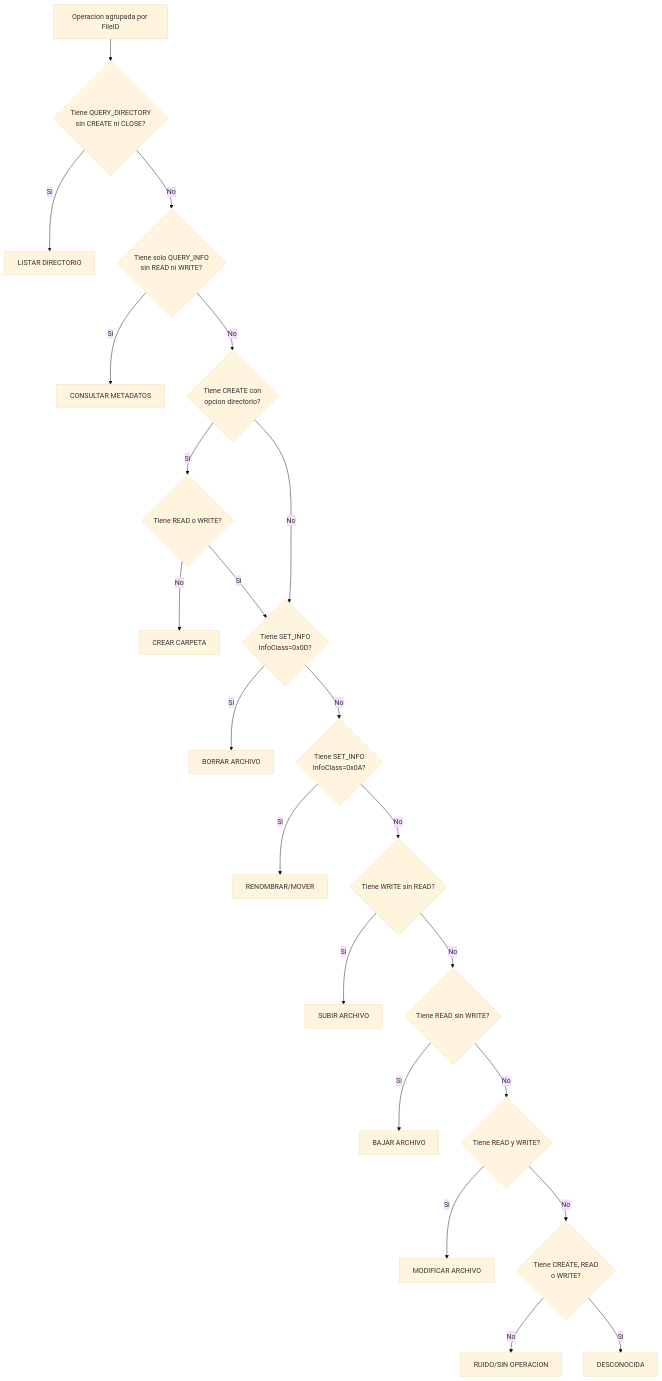
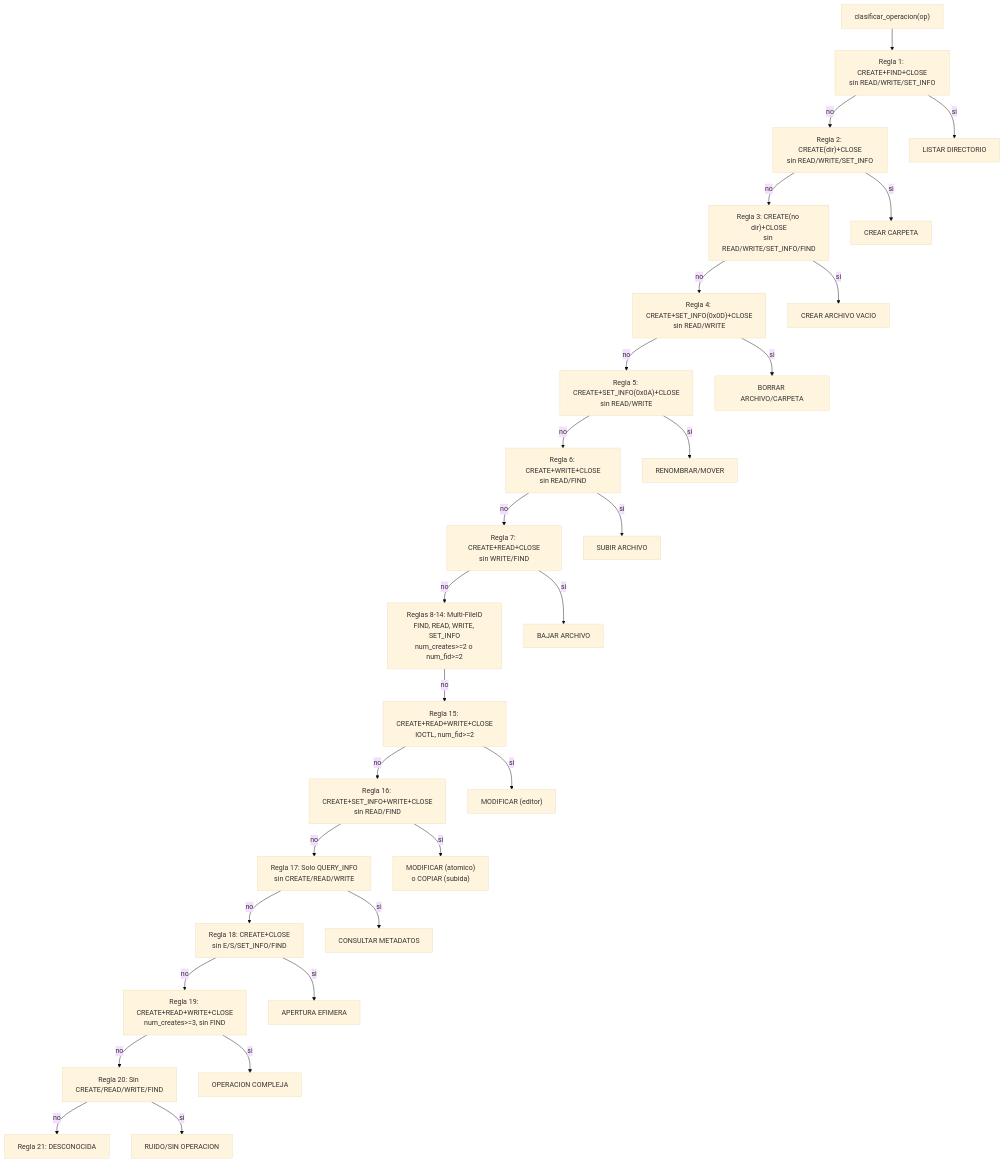
Before and after one commit to vicente154000/smb2-cloud-traffic-analyzer: the fourth of 4 diagrams in plans/documentacion_tfg.md, drawn with Mermaid (base theme). The commit also changed other lines of this file and 3 other files, not shown here.

````diff
--- a/plans/documentacion_tfg.md
+++ b/plans/documentacion_tfg.md
@@ -347,24 +445,47 @@
 ```mermaid
 flowchart TD
-    INICIO[Operacion agrupada por FileID] --> Q1{Tiene QUERY_DIRECTORY<br/>sin CREATE ni CLOSE?}
-    Q1 -->|Si| LISTAR[LISTAR DIRECTORIO]
-    Q1 -->|No| Q2{Tiene solo QUERY_INFO<br/>sin READ ni WRITE?}
-    Q2 -->|Si| METADATOS[CONSULTAR METADATOS]
-    Q2 -->|No| Q3{Tiene CREATE con<br/>opcion directorio?}
-    Q3 -->|Si| Q4{Tiene READ o WRITE?}
-    Q4 -->|No| CREAR_CARP[CREAR CARPETA]
-    Q4 -->|Si| Q5{...}
-    Q3 -->|No| Q5{Tiene SET_INFO<br/>InfoClass=0x0D?}
-    Q5 -->|Si| BORRAR[BORRAR ARCHIVO]
-    Q5 -->|No| Q6{Tiene SET_INFO<br/>InfoClass=0x0A?}
-    Q6 -->|Si| RENOMBRAR[RENOMBRAR/MOVER]
-    Q6 -->|No| Q7{Tiene WRITE sin READ?}
-    Q7 -->|Si| SUBIR[SUBIR ARCHIVO]
-    Q7 -->|No| Q8{Tiene READ sin WRITE?}
-    Q8 -->|Si| BAJAR[BAJAR ARCHIVO]
-    Q8 -->|No| Q9{Tiene READ y WRITE?}
-    Q9 -->|Si| MODIFICAR[MODIFICAR ARCHIVO]
-    Q9 -->|No| Q10{Tiene CREATE, READ<br/>o WRITE?}
-    Q10 -->|No| RUIDO[RUIDO/SIN OPERACION]
-    Q10 -->|Si| DESCONOCIDA[DESCONOCIDA]
+    INICIO["clasificar_operacion(op)"] --> R1
+    
+    R1["Regla 1: CREATE+FIND+CLOSE<br/>sin READ/WRITE/SET_INFO"] -->|no| R2
+    R1 -->|si| R1_OUT["LISTAR DIRECTORIO"]
+    
+    R2["Regla 2: CREATE(dir)+CLOSE<br/>sin READ/WRITE/SET_INFO"] -->|no| R3
+    R2 -->|si| R2_OUT["CREAR CARPETA"]
+    
+    R3["Regla 3: CREATE(no dir)+CLOSE<br/>sin READ/WRITE/SET_INFO/FIND"] -->|no| R4
+    R3 -->|si| R3_OUT["CREAR ARCHIVO VACIO"]
+    
+    R4["Regla 4: CREATE+SET_INFO(0x0D)+CLOSE<br/>sin READ/WRITE"] -->|no| R5
+    R4 -->|si| R4_OUT["BORRAR ARCHIVO/CARPETA"]
+    
+    R5["Regla 5: CREATE+SET_INFO(0x0A)+CLOSE<br/>sin READ/WRITE"] -->|no| R6
+    R5 -->|si| R5_OUT["RENOMBRAR/MOVER"]
+    
+    R6["Regla 6: CREATE+WRITE+CLOSE<br/>sin READ/FIND"] -->|no| R7
+    R6 -->|si| R6_OUT["SUBIR ARCHIVO"]
+    
+    R7["Regla 7: CREATE+READ+CLOSE<br/>sin WRITE/FIND"] -->|no| R8_14
+    R7 -->|si| R7_OUT["BAJAR ARCHIVO"]
+    
+    R8_14["Reglas 8-14: Multi-FileID<br/>FIND, READ, WRITE, SET_INFO<br/>num_creates>=2 o num_fid>=2"] -->|no| R15
+    
+    R15["Regla 15: CREATE+READ+WRITE+CLOSE<br/>IOCTL, num_fid>=2"] -->|no| R16
+    R15 -->|si| R15_OUT["MODIFICAR (editor)"]
+    
+    R16["Regla 16: CREATE+SET_INFO+WRITE+CLOSE<br/>sin READ/FIND"] -->|no| R17
+    R16 -->|si| R16_OUT["MODIFICAR (atomico)<br/>o COPIAR (subida)"]
+    
+    R17["Regla 17: Solo QUERY_INFO<br/>sin CREATE/READ/WRITE"] -->|no| R18
+    R17 -->|si| R17_OUT["CONSULTAR METADATOS"]
+    
+    R18["Regla 18: CREATE+CLOSE<br/>sin E/S/SET_INFO/FIND"] -->|no| R19
+    R18 -->|si| R18_OUT["APERTURA EFIMERA"]
+    
+    R19["Regla 19: CREATE+READ+WRITE+CLOSE<br/>num_creates>=3, sin FIND"] -->|no| R20
+    R19 -->|si| R19_OUT["OPERACION COMPLEJA"]
+    
+    R20["Regla 20: Sin CREATE/READ/WRITE/FIND"] -->|no| R21
+    R20 -->|si| R20_OUT["RUIDO/SIN OPERACION"]
+    
+    R21["Regla 21: DESCONOCIDA"]
 ```
````
